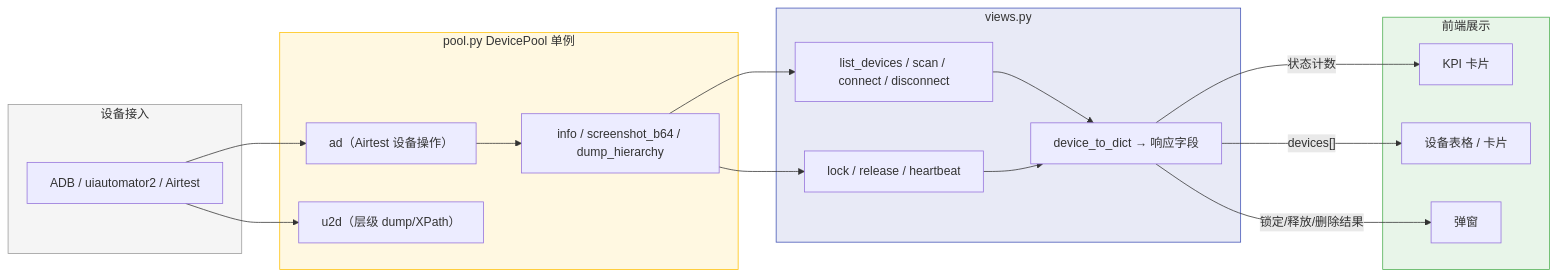
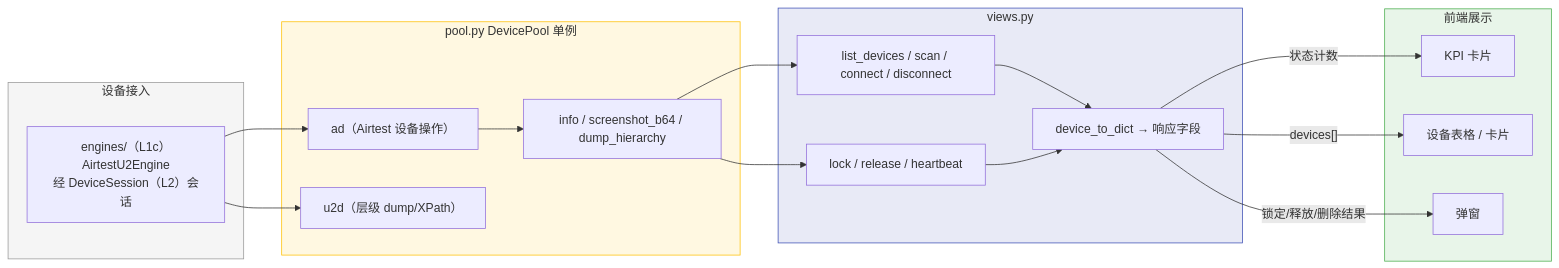
The third of 6 diagrams in dev_docs/03-设计与架构/ARCH-02-设备管理.md (Kahoku-lazy/Android-AutoTests), drawn with Mermaid before and after one commit. The commit also changed other lines of this file and 53 other files, not shown here.

````diff
--- a/dev_docs/03-设计与架构/ARCH-02-设备管理.md
+++ b/dev_docs/03-设计与架构/ARCH-02-设备管理.md
@@ -97,40 +99,40 @@
 ```mermaid
 flowchart LR
     subgraph SRC["设备接入"]
-        DEV["ADB / uiautomator2 / Airtest"]
+        DEV["engines/（L1c）AirtestU2Engine<br/>经 DeviceSession（L2）会话"]
     end
 
     subgraph POOL["pool.py DevicePool 单例"]
         P1["ad（Airtest 设备操作）"]
         P2["u2d（层级 dump/XPath）"]
         P3["info / screenshot_b64 / dump_hierarchy"]
     end
 
     subgraph VIEWS["views.py"]
         V1["list_devices / scan / connect / disconnect"]
         V2["lock / release / heartbeat"]
         V3["device_to_dict → 响应字段"]
     end
 
     subgraph FE["前端展示"]
         CARD["KPI 卡片"]
         TABLE["设备表格 / 卡片"]
         DIALOG["弹窗"]
     end
 
     DEV --> P1
     DEV --> P2
     P1 --> P3
     P3 --> V1
     P3 --> V2
     V1 --> V3
     V2 --> V3
     V3 -->|"devices[]"| TABLE
     V3 -->|"状态计数"| CARD
     V3 -->|"锁定/释放/删除结果"| DIALOG
 
     style SRC fill:#f5f5f5,stroke:#999
     style POOL fill:#fff8e1,stroke:#ffc107
     style VIEWS fill:#e8eaf6,stroke:#3f51b5
     style FE fill:#e8f5e9,stroke:#4caf50
 ```
````
